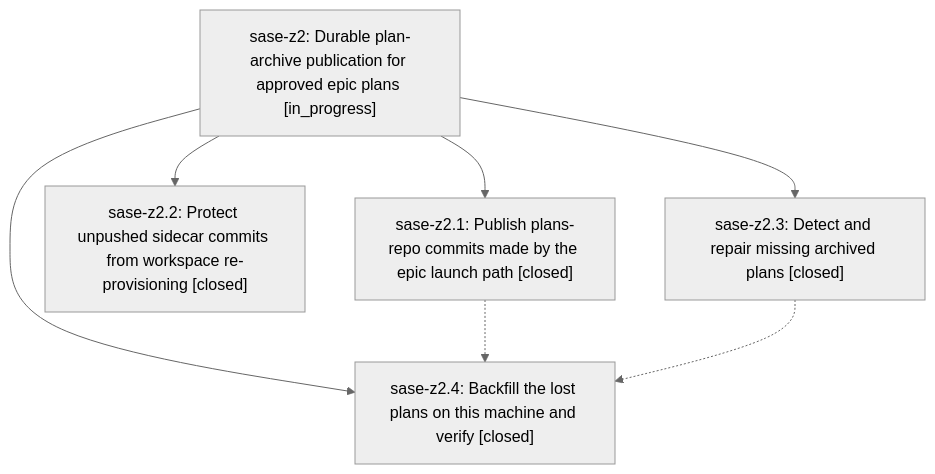
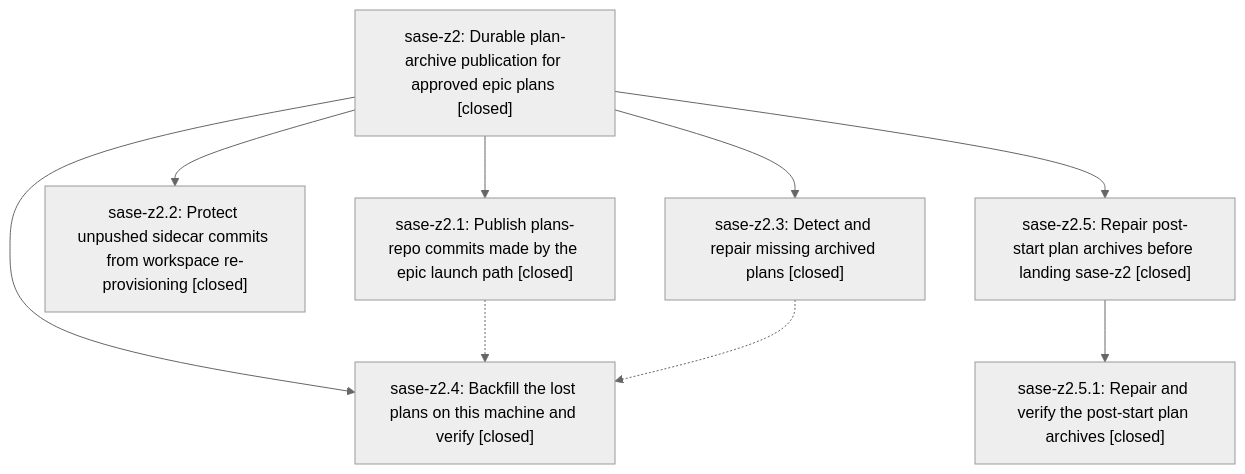
One commit to sase-org/sase--beads changed the diagram in pages/sase-z2/README.md. Above: the diagram before and after it, drawn with Mermaid (neutral theme). The commit also changed other lines of this file and 3 other files, not shown here.

````diff
--- a/pages/sase-z2/README.md
+++ b/pages/sase-z2/README.md
@@ -37,14 +41,18 @@
 ```mermaid
 flowchart TD
-    n0["sase-z2: Durable plan-archive publication for approved epic plans [in_progress]"]
+    n0["sase-z2: Durable plan-archive publication for approved epic plans [closed]"]
     n1["sase-z2.1: Publish plans-repo commits made by the epic launch path [closed]"]
     n2["sase-z2.2: Protect unpushed sidecar commits from workspace re-provisioning [closed]"]
     n3["sase-z2.3: Detect and repair missing archived plans [closed]"]
     n4["sase-z2.4: Backfill the lost plans on this machine and verify [closed]"]
+    n5["sase-z2.5: Repair post-start plan archives before landing sase-z2 [closed]"]
+    n6["sase-z2.5.1: Repair and verify the post-start plan archives [closed]"]
     n0 --> n1
     n0 --> n2
     n0 --> n3
     n0 --> n4
+    n0 --> n5
+    n5 --> n6
     n1 -.-> n4
     n3 -.-> n4
 ```
````
